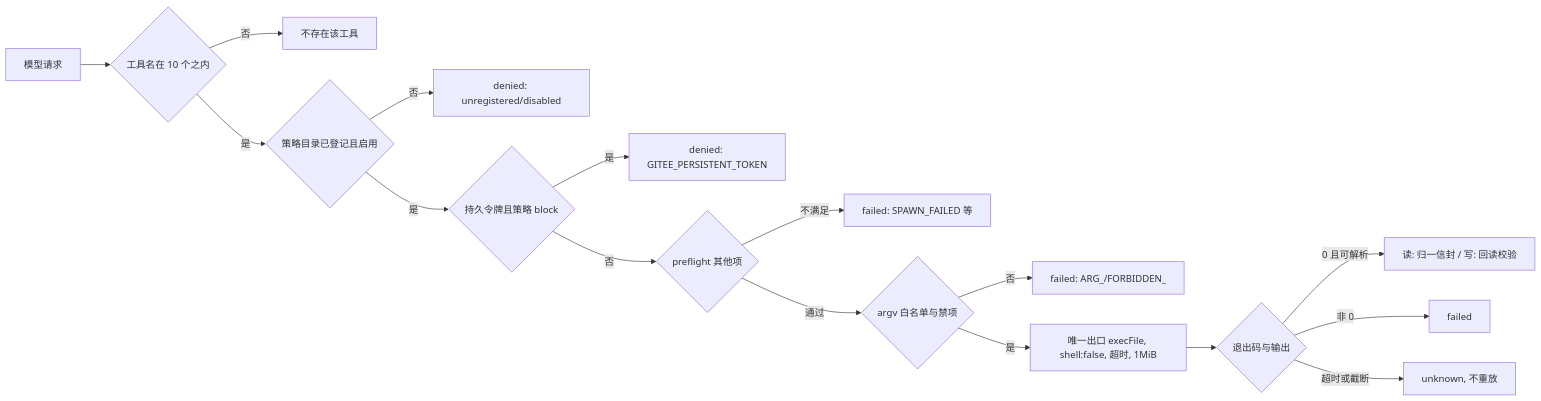
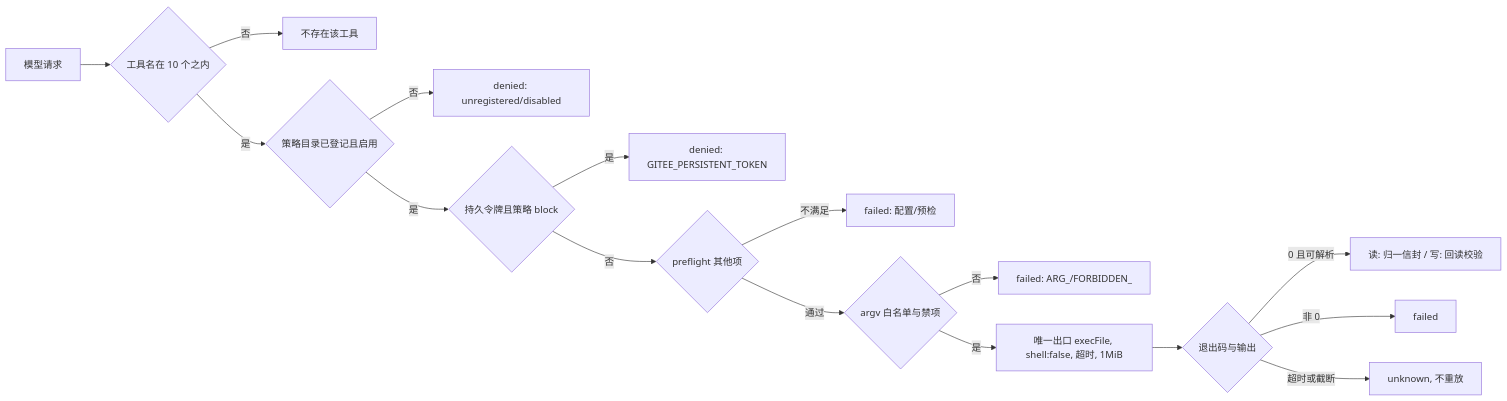
Before and after one commit to hrygo/heluo-forge: the diagram in docs/design/plugins/forge-gitee.md, drawn with Mermaid. The commit also changed other lines of this file and 11 other files, not shown here.

````diff
--- a/docs/design/plugins/forge-gitee.md
+++ b/docs/design/plugins/forge-gitee.md
@@ -170,18 +170,18 @@
 ```mermaid
 flowchart LR
   A[模型请求] --> B{工具名在 10 个之内}
   B -->|否| C[不存在该工具]
   B -->|是| D{策略目录已登记且启用}
   D -->|否| E[denied: unregistered/disabled]
   D -->|是| F{持久令牌且策略 block}
   F -->|是| G[denied: GITEE_PERSISTENT_TOKEN]
   F -->|否| P{preflight 其他项}
-  P -->|不满足| Q[failed: SPAWN_FAILED 等]
+  P -->|不满足| Q[failed: 配置/预检]
   P -->|通过| H{argv 白名单与禁项}
   H -->|否| I[failed: ARG_/FORBIDDEN_]
   H -->|是| J[唯一出口 execFile, shell:false, 超时, 1MiB]
   J --> K{退出码与输出}
   K -->|0 且可解析| L[读: 归一信封 / 写: 回读校验]
   K -->|非 0| M[failed]
   K -->|超时或截断| N[unknown, 不重放]
 ```
````
